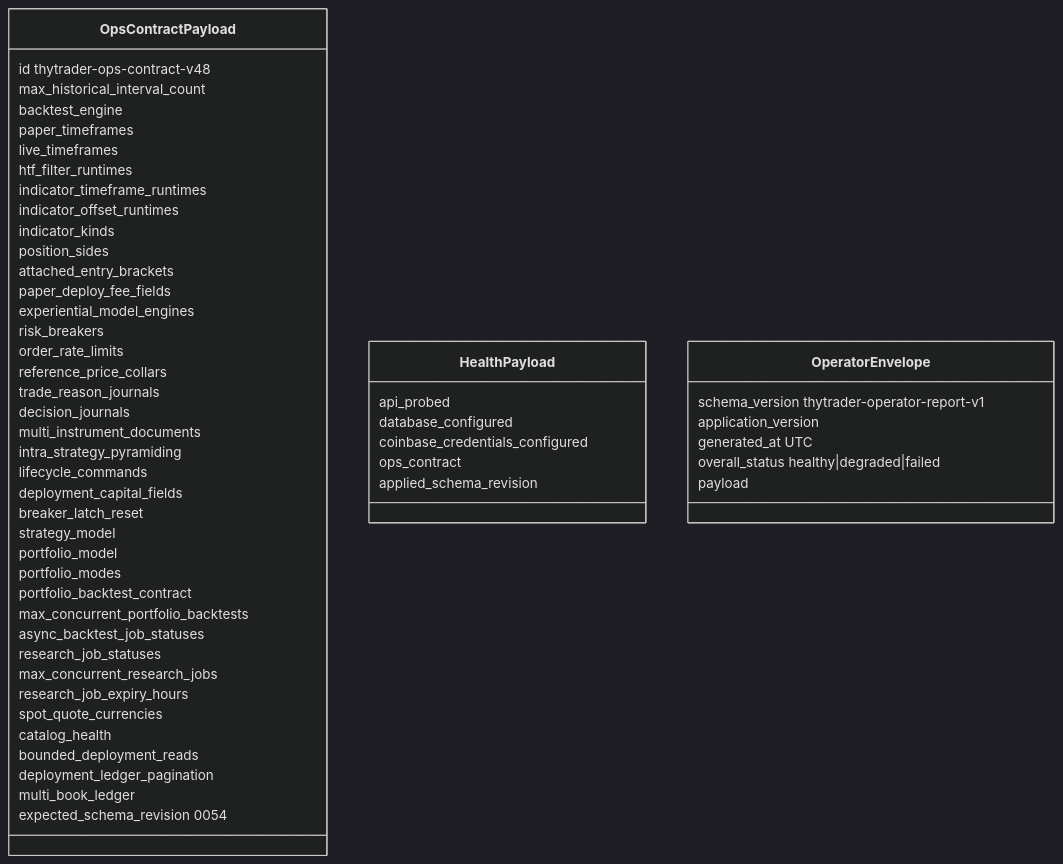
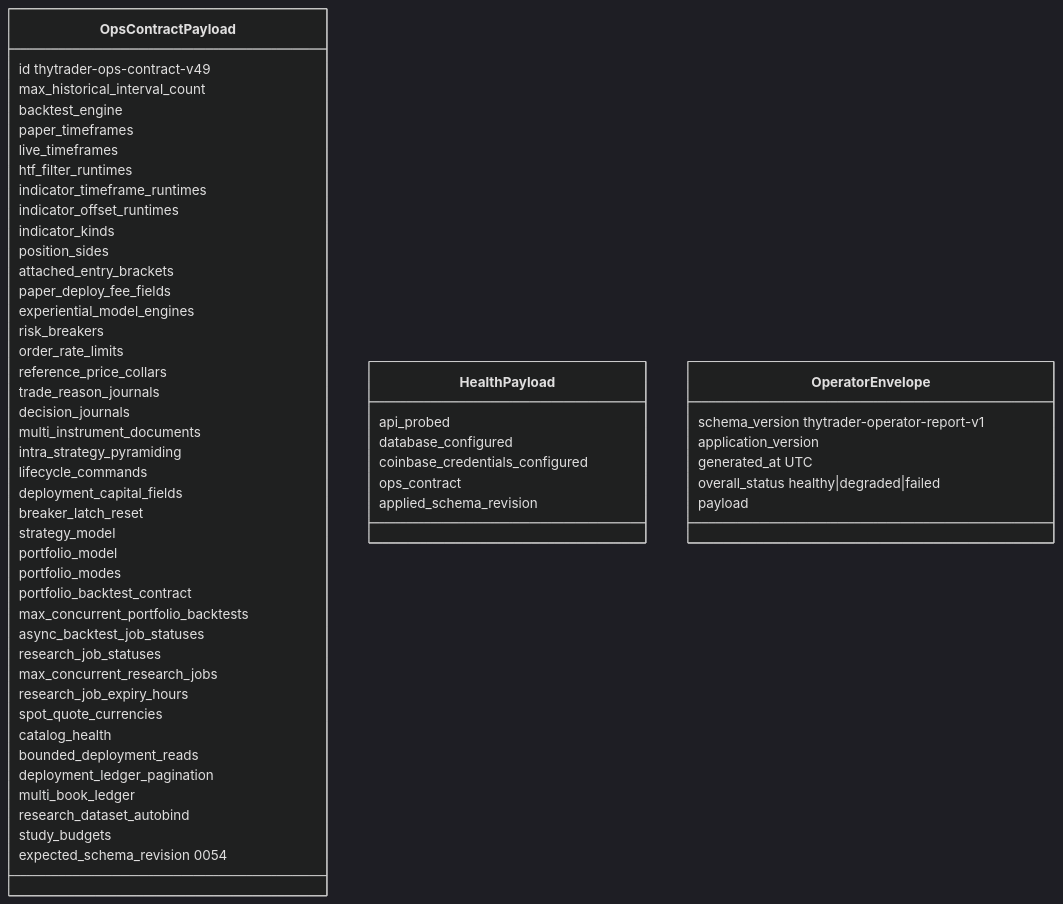
One commit to Zoltesh/thytrader changed the diagram in docs/architecture/contracts/ops-contract.md. Above: the diagram before and after it, drawn with Mermaid (dark theme). The commit also changed other lines of this file and 67 other files, not shown here.

First line of the commit message:
feat(research): auto-bind datasets, market variants, async sweep budgets, CLIs that say what failed (ADR 0089)

````diff
--- a/docs/architecture/contracts/ops-contract.md
+++ b/docs/architecture/contracts/ops-contract.md
@@ -53,57 +55,59 @@
 ```mermaid
 classDiagram
   class OpsContractPayload {
-    id thytrader-ops-contract-v48
+    id thytrader-ops-contract-v49
     max_historical_interval_count
     backtest_engine
     paper_timeframes
     live_timeframes
     htf_filter_runtimes
     indicator_timeframe_runtimes
     indicator_offset_runtimes
     indicator_kinds
     position_sides
     attached_entry_brackets
     paper_deploy_fee_fields
     experiential_model_engines
     risk_breakers
     order_rate_limits
     reference_price_collars
     trade_reason_journals
     decision_journals
     multi_instrument_documents
     intra_strategy_pyramiding
     lifecycle_commands
     deployment_capital_fields
     breaker_latch_reset
     strategy_model
     portfolio_model
     portfolio_modes
     portfolio_backtest_contract
     max_concurrent_portfolio_backtests
     async_backtest_job_statuses
     research_job_statuses
     max_concurrent_research_jobs
     research_job_expiry_hours
     spot_quote_currencies
     catalog_health
     bounded_deployment_reads
     deployment_ledger_pagination
     multi_book_ledger
+    research_dataset_autobind
+    study_budgets
     expected_schema_revision 0054
   }
   class HealthPayload {
     api_probed
     database_configured
     coinbase_credentials_configured
     ops_contract
     applied_schema_revision
   }
   class OperatorEnvelope {
     schema_version thytrader-operator-report-v1
     application_version
     generated_at UTC
     overall_status healthy|degraded|failed
     payload
   }
 ```
````
